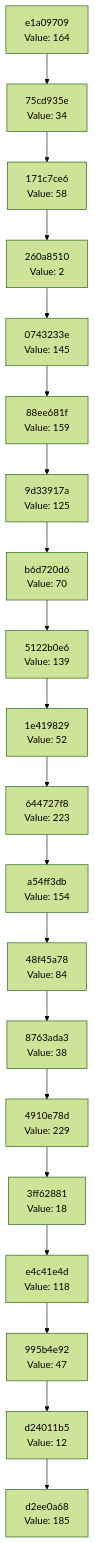
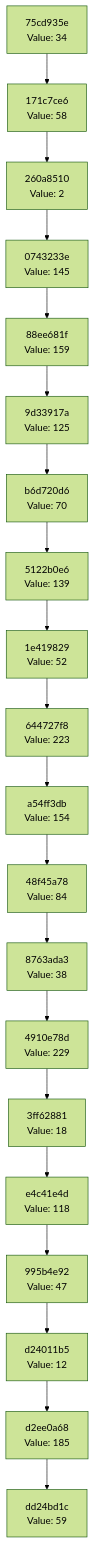
Before and after one commit to Abhisheksinha1506/hash-chain-evolver: the diagram in docs/CHAIN_VISUALIZATION.md, drawn with Mermaid (forest theme). The commit also changed 2 other files, not shown here.

Commit message:
Evolution step: hash 0x3B → action executed

````diff
--- a/docs/CHAIN_VISUALIZATION.md
+++ b/docs/CHAIN_VISUALIZATION.md
@@ -3,42 +3,42 @@
 ```mermaid
 graph TD
-    C0["d2ee0a68<br/>Value: 185"]
-    C1["d24011b5<br/>Value: 12"]
+    C0["dd24bd1c<br/>Value: 59"]
+    C1["d2ee0a68<br/>Value: 185"]
     C1 --> C0
-    C2["995b4e92<br/>Value: 47"]
+    C2["d24011b5<br/>Value: 12"]
     C2 --> C1
-    C3["e4c41e4d<br/>Value: 118"]
+    C3["995b4e92<br/>Value: 47"]
     C3 --> C2
-    C4["3ff62881<br/>Value: 18"]
+    C4["e4c41e4d<br/>Value: 118"]
     C4 --> C3
-    C5["4910e78d<br/>Value: 229"]
+    C5["3ff62881<br/>Value: 18"]
     C5 --> C4
-    C6["8763ada3<br/>Value: 38"]
+    C6["4910e78d<br/>Value: 229"]
     C6 --> C5
-    C7["48f45a78<br/>Value: 84"]
+    C7["8763ada3<br/>Value: 38"]
     C7 --> C6
-    C8["a54ff3db<br/>Value: 154"]
+    C8["48f45a78<br/>Value: 84"]
     C8 --> C7
-    C9["644727f8<br/>Value: 223"]
+    C9["a54ff3db<br/>Value: 154"]
     C9 --> C8
-    C10["1e419829<br/>Value: 52"]
+    C10["644727f8<br/>Value: 223"]
     C10 --> C9
-    C11["5122b0e6<br/>Value: 139"]
+    C11["1e419829<br/>Value: 52"]
     C11 --> C10
-    C12["b6d720d6<br/>Value: 70"]
+    C12["5122b0e6<br/>Value: 139"]
     C12 --> C11
-    C13["9d33917a<br/>Value: 125"]
+    C13["b6d720d6<br/>Value: 70"]
     C13 --> C12
-    C14["88ee681f<br/>Value: 159"]
+    C14["9d33917a<br/>Value: 125"]
     C14 --> C13
-    C15["0743233e<br/>Value: 145"]
+    C15["88ee681f<br/>Value: 159"]
     C15 --> C14
-    C16["260a8510<br/>Value: 2"]
+    C16["0743233e<br/>Value: 145"]
     C16 --> C15
-    C17["171c7ce6<br/>Value: 58"]
+    C17["260a8510<br/>Value: 2"]
     C17 --> C16
-    C18["75cd935e<br/>Value: 34"]
+    C18["171c7ce6<br/>Value: 58"]
     C18 --> C17
-    C19["e1a09709<br/>Value: 164"]
+    C19["75cd935e<br/>Value: 34"]
     C19 --> C18
 ```
````
